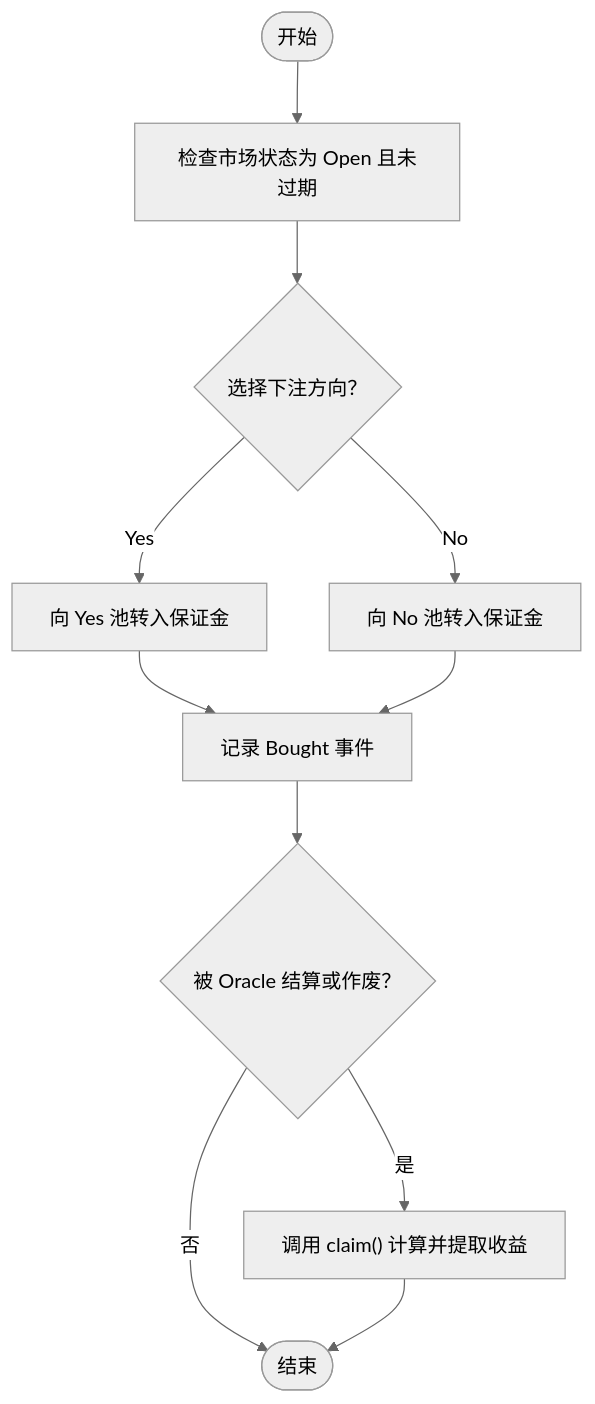
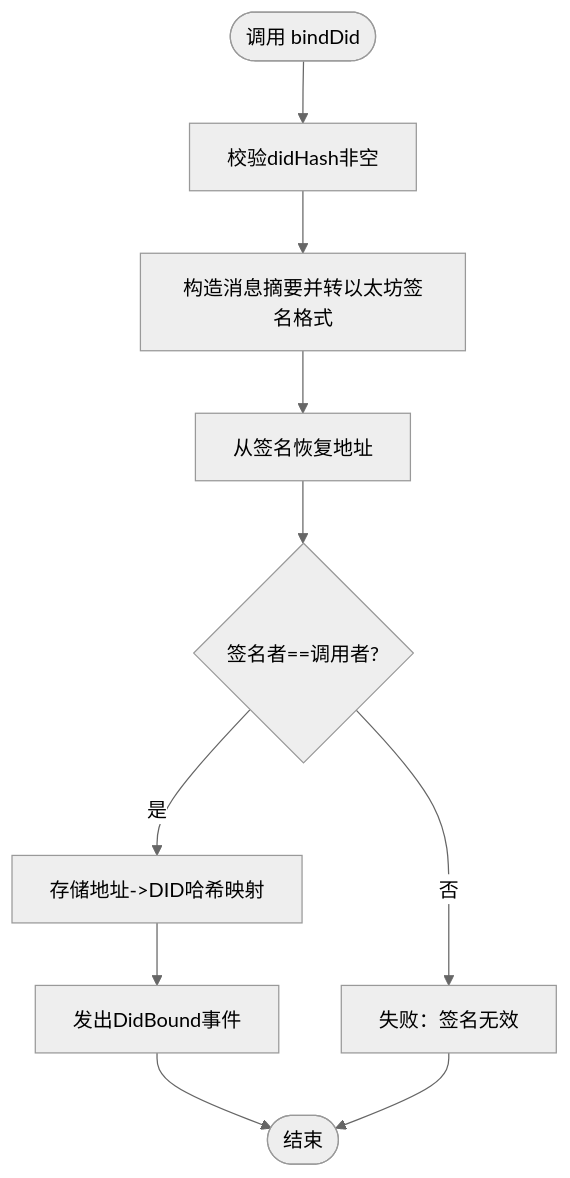
One commit to SimonHofman/PredictionDIDSimple changed the fifth of 8 diagrams in contracts/.qoder/repowiki/zh/content/快速开始.md. Above: the diagram before and after it, drawn with Mermaid (neutral theme). The commit also changed other lines of this file and 162 other files, not shown here.

````diff
--- a/contracts/.qoder/repowiki/zh/content/快速开始.md
+++ b/contracts/.qoder/repowiki/zh/content/快速开始.md
@@ -289,13 +181,12 @@
 ```mermaid
 flowchart TD
-Start(["开始"]) --> CheckOpen["检查市场状态为 Open 且未过期"]
-CheckOpen --> BuyYesNo{"选择下注方向？"}
-BuyYesNo --> |Yes| StakeYes["向 Yes 池转入保证金"]
-BuyYesNo --> |No| StakeNo["向 No 池转入保证金"]
-StakeYes --> EmitBuy["记录 Bought 事件"]
-StakeNo --> EmitBuy
-EmitBuy --> Resolve{"被 Oracle 结算或作废？"}
-Resolve --> |是| Claim["调用 claim() 计算并提取收益"]
-Resolve --> |否| End(["结束"])
-Claim --> End
+Start(["调用 bindDid"]) --> CheckHash["校验didHash非空"]
+CheckHash --> BuildDigest["构造消息摘要并转以太坊签名格式"]
+BuildDigest --> Recover["从签名恢复地址"]
+Recover --> VerifySig{"签名者==调用者?"}
+VerifySig --> |否| Fail["失败：签名无效"]
+VerifySig --> |是| Store["存储地址->DID哈希映射"]
+Store --> Emit["发出DidBound事件"]
+Emit --> End(["结束"])
+Fail --> End
 ```
````
